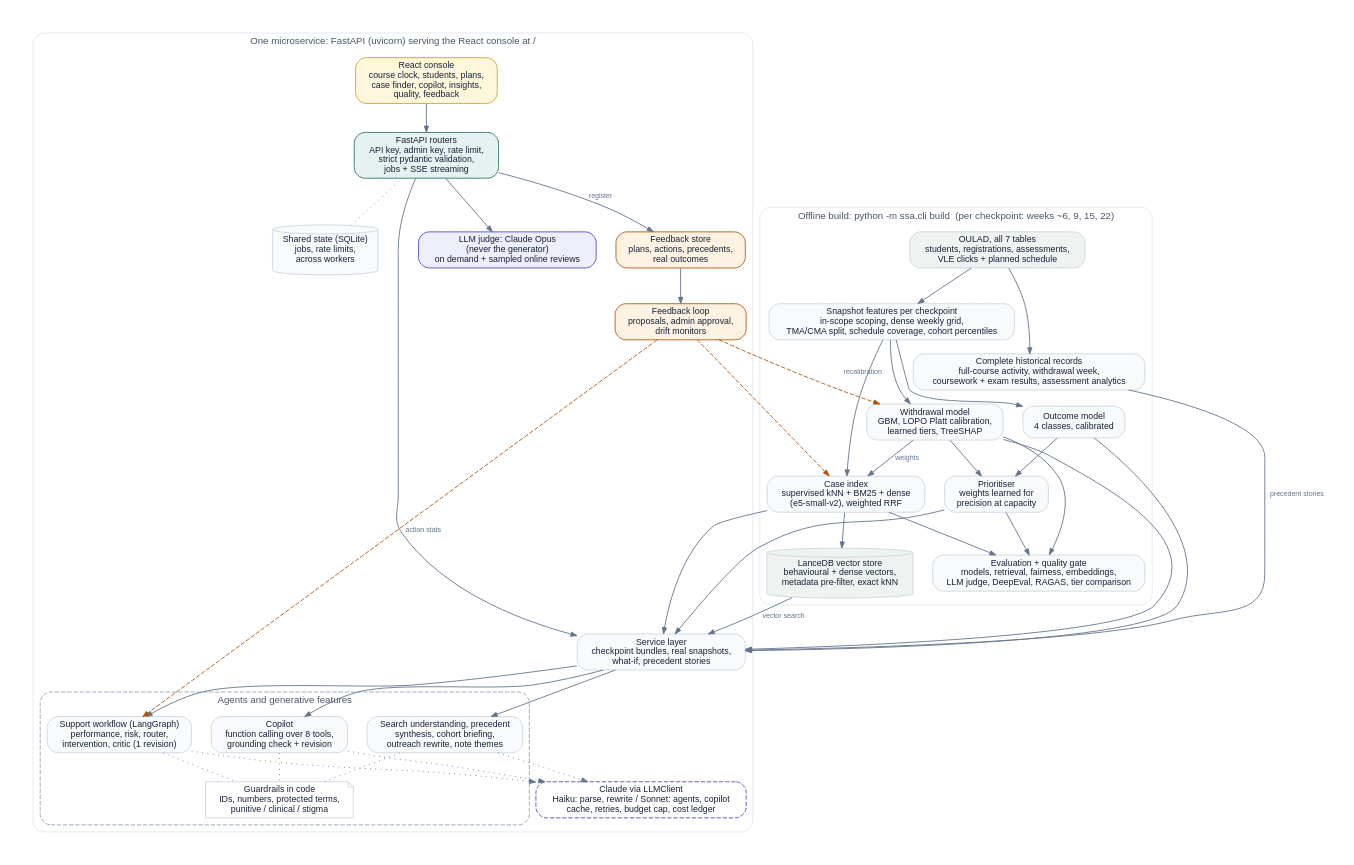
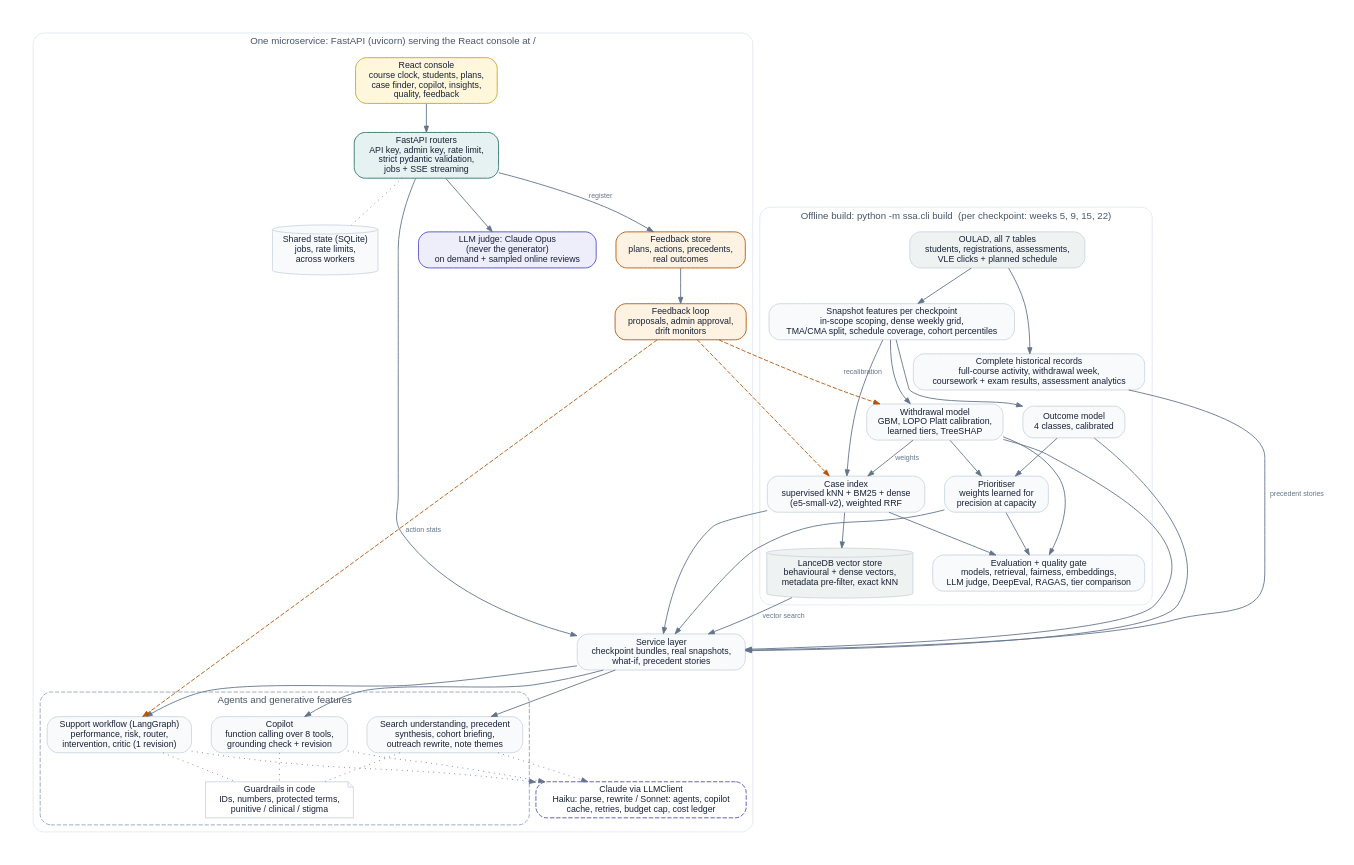
Before and after one commit to stealthynugget/student_success_assistant: the diagram in docs/architecture.dot, drawn with Graphviz. The commit also changed 59 other files, not shown here.

```diff
--- a/docs/architecture.dot
+++ b/docs/architecture.dot
@@ -1,41 +1,41 @@
 digraph SSA {
   graph [rankdir=TB, newrank=true, fontname="Helvetica", fontsize=11, bgcolor="white", pad=0.3, nodesep=0.3, ranksep=0.45, splines=true];
   node  [shape=box, style="rounded,filled", fontname="Helvetica", fontsize=10, color="#CBD5E1", fillcolor="#F8FAFC", fontcolor="#172036"];
   edge  [color="#64748B", arrowsize=0.7, fontname="Helvetica", fontsize=8, fontcolor="#64748B"];
 
-  subgraph cluster_data { label="Offline build: python -m ssa.cli build  (per checkpoint: weeks ~6, 9, 15, 22)"; style="rounded"; color="#E2E8F0"; fontcolor="#475569";
+  subgraph cluster_data { label="Offline build: python -m ssa.cli build  (per checkpoint: weeks 5, 9, 15, 22)"; style="rounded"; color="#E2E8F0"; fontcolor="#475569";
     raw [label="OULAD, all 7 tables\nstudents, registrations, assessments,\nVLE clicks + planned schedule", fillcolor="#EEF2F1"];
     feat [label="Snapshot features per checkpoint\nin-scope scoping, dense weekly grid,\nTMA/CMA split, schedule coverage, cohort percentiles"];
     full [label="Complete historical records\nfull-course activity, withdrawal week,\ncoursework + exam results, assessment analytics"];
     risk [label="Withdrawal model\nGBM, LOPO Platt calibration,\nlearned tiers, TreeSHAP"];
     out  [label="Outcome model\n4 classes, calibrated"];
     prio [label="Prioritiser\nweights learned for\nprecision at capacity"];
     idx  [label="Case index\nsupervised kNN + BM25 + dense\n(e5-small-v2), weighted RRF"];
     vdb  [label="LanceDB vector store\nbehavioural + dense vectors,\nmetadata pre-filter, exact kNN", shape=cylinder, fillcolor="#EEF2F1"];
     eval [label="Evaluation + quality gate\nmodels, retrieval, fairness, embeddings,\nLLM judge, DeepEval, RAGAS, tier comparison"];
     raw -> feat; raw -> full; feat -> risk; feat -> out; risk -> prio; out -> prio; feat -> idx; risk -> idx [label="weights"]; idx -> vdb;
     risk -> eval; prio -> eval; idx -> eval;
   }
 
   subgraph cluster_online { label="One microservice: FastAPI (uvicorn) serving the React console at /"; style="rounded"; color="#E2E8F0"; fontcolor="#475569";
     ui  [label="React console\ncourse clock, students, plans,\ncase finder, copilot, insights,\nquality, feedback", fillcolor="#FEF7DC", color="#C9A227"];
     api [label="FastAPI routers\nAPI key, admin key, rate limit,\nstrict pydantic validation,\njobs + SSE streaming", fillcolor="#E6F2F1", color="#2E7466"];
     shared [label="Shared state (SQLite)\njobs, rate limits,\nacross workers", shape=cylinder];
     svc [label="Service layer\ncheckpoint bundles, real snapshots,\nwhat-if, precedent stories"];
     subgraph cluster_agents { label="Agents and generative features"; style="rounded,dashed"; color="#94A3B8";
       wf  [label="Support workflow (LangGraph)\nperformance, risk, router,\nintervention, critic (1 revision)"];
       cop [label="Copilot\nfunction calling over 8 tools,\ngrounding check + revision"];
       gen [label="Search understanding, precedent\nsynthesis, cohort briefing,\noutreach rewrite, note themes"];
       grd [label="Guardrails in code\nIDs, numbers, protected terms,\npunitive / clinical / stigma", shape=note, fillcolor="#FFFFFF"];
     }
     llm [label="Claude via LLMClient\nHaiku: parse, rewrite / Sonnet: agents, copilot\ncache, retries, budget cap, cost ledger", style="rounded,dashed", fillcolor="#EEEEFB", color="#4C4BC2"];
     jud [label="LLM judge: Claude Opus\n(never the generator)\non demand + sampled online reviews", fillcolor="#EEEEFB", color="#4C4BC2"];
     fb  [label="Feedback store\nplans, actions, precedents,\nreal outcomes", fillcolor="#FEF3E2", color="#B45309"];
     loop [label="Feedback loop\nproposals, admin approval,\ndrift monitors", fillcolor="#FEF3E2", color="#B45309"];
     ui -> api -> svc; svc -> wf; svc -> cop; svc -> gen; wf -> grd [style=dotted, arrowhead=none]; cop -> grd [style=dotted, arrowhead=none];
     gen -> grd [style=dotted, arrowhead=none]; wf -> llm [style=dotted]; cop -> llm [style=dotted]; gen -> llm [style=dotted];
     api -> jud; api -> fb [label="register"]; fb -> loop; api -> shared [style=dotted, arrowhead=none];
   }
   risk -> svc; out -> svc; prio -> svc; idx -> svc; vdb -> svc [label="vector search"]; full -> svc [label="precedent stories"];
   loop -> idx [style=dashed, color="#B45309"]; loop -> wf [style=dashed, color="#B45309", label="action stats"]; loop -> risk [style=dashed, color="#B45309", label="recalibration"];
 }
```
